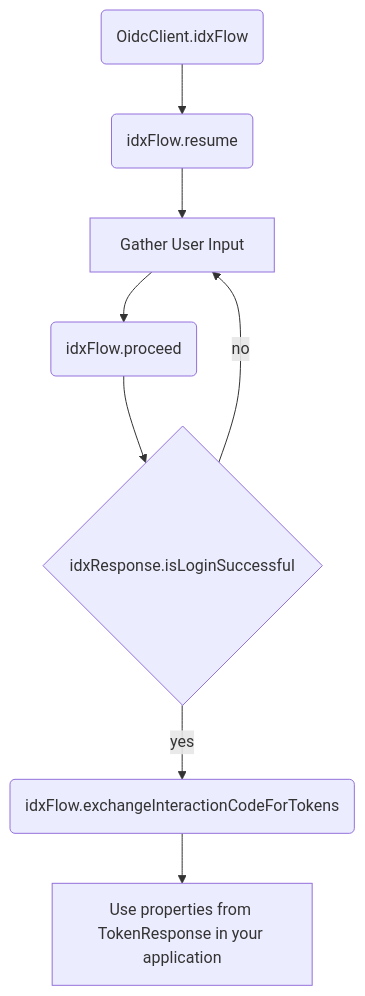
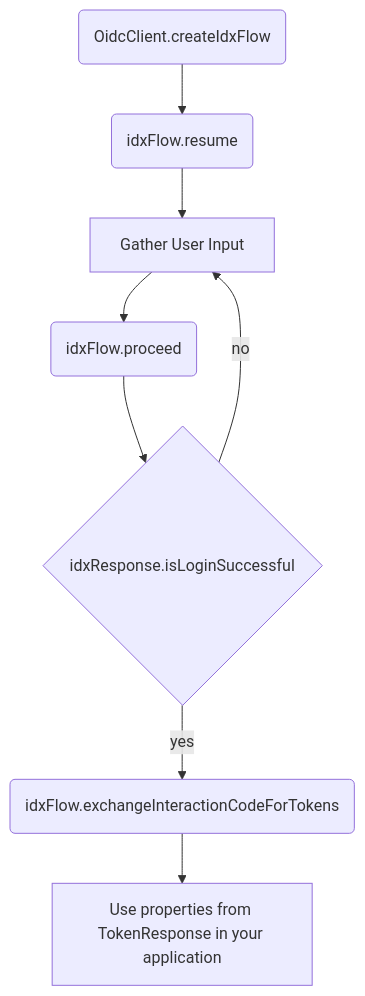
The diagram in README.md (okta/okta-idx-android), drawn with Mermaid before and after one commit. The commit also changed other lines of this file and 10 other files, not shown here.

````diff
--- a/README.md
+++ b/README.md
@@ -45,10 +45,10 @@
 ```mermaid
 graph TD
-    A(OidcClient.idxFlow) --> B(idxFlow.resume)
+    A(OidcClient.createIdxFlow) --> B(idxFlow.resume)
     B --> C[Gather User Input]
     C --> D(idxFlow.proceed)
     D --> E{idxResponse.isLoginSuccessful}
     E --> |yes| F(idxFlow.exchangeInteractionCodeForTokens)
     E --> |no| C
     F --> G[Use properties from TokenResponse in your application]
 ```
````
